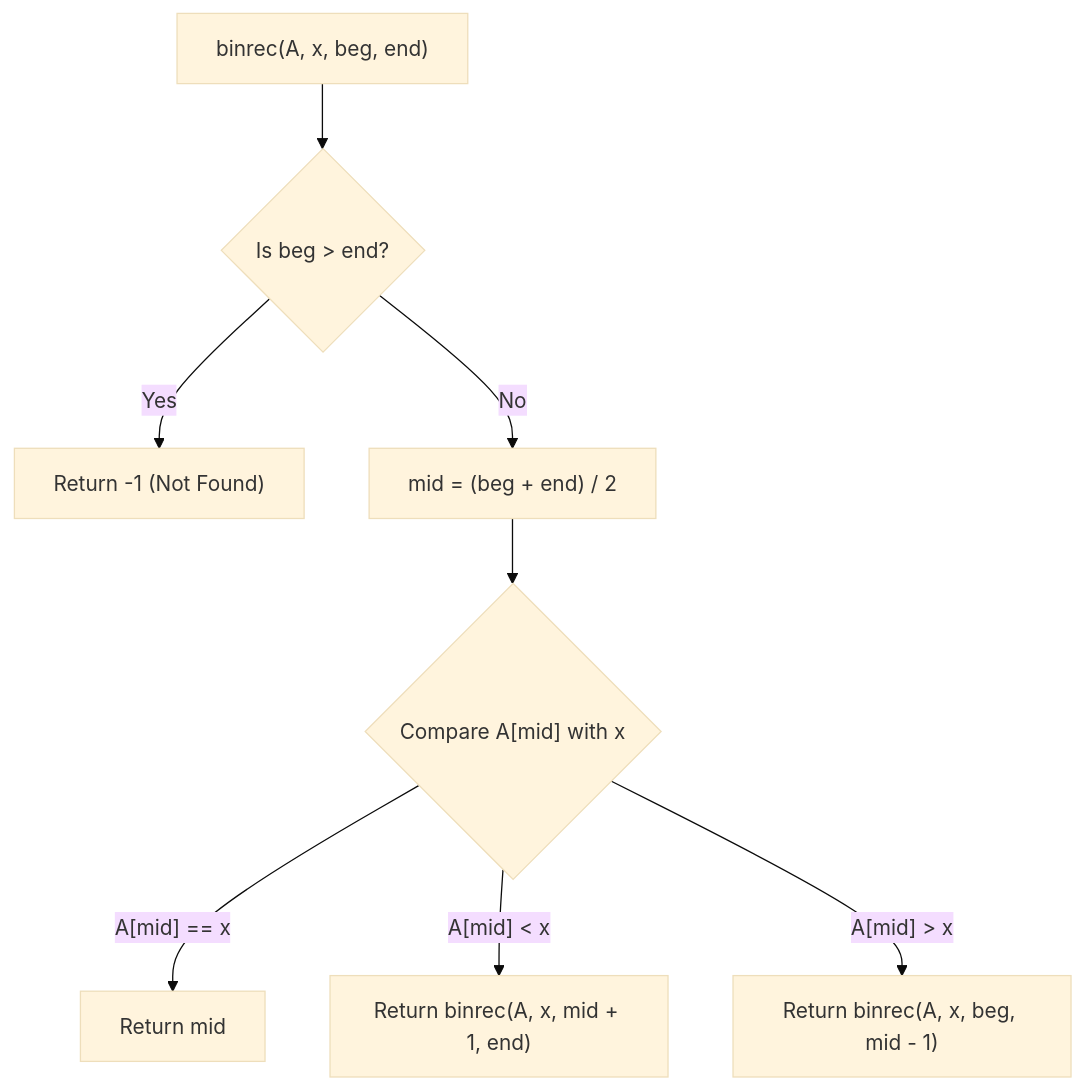
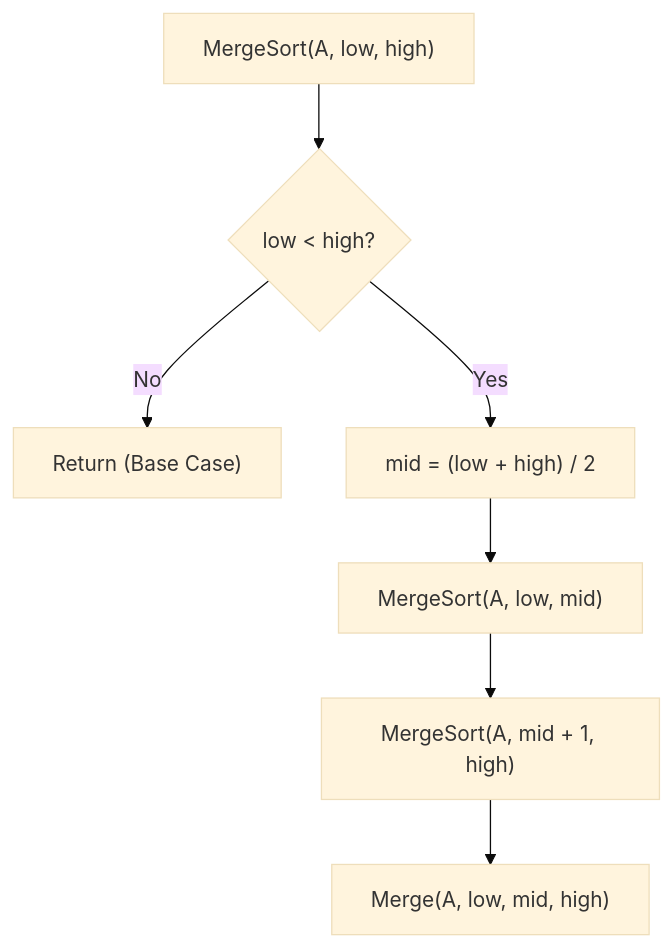
The second of 6 diagrams in notes/design_and_analysis_of_algorithms/Unit_03_Recurrence_and_Divide_Conquer.md (DeepLumiere/DeepSkills), drawn with Mermaid (base theme) before and after one commit. The commit also changed other lines of this file and 2 other files, not shown here.

Commit message:
docs: enhance DAA Unit-III and Unit-V notes with full coverage, diagrams and widgets

````diff
--- a/notes/design_and_analysis_of_algorithms/Unit_03_Recurrence_and_Divide_Conquer.md
+++ b/notes/design_and_analysis_of_algorithms/Unit_03_Recurrence_and_Divide_Conquer.md
@@ -428,10 +373,9 @@
 ```mermaid
 flowchart TD
-    Start["binrec(A, x, beg, end)"] --> Base{"Is beg > end?"}
-    Base -- Yes --> NotFound["Return -1 (Not Found)"]
-    Base -- No --> CalcMid["mid = (beg + end) / 2"]
-    CalcMid --> Compare{"Compare A[mid] with x"}
-    Compare -- "A[mid] == x" --> Found["Return mid"]
-    Compare -- "A[mid] < x" --> RecRight["Return binrec(A, x, mid + 1, end)"]
-    Compare -- "A[mid] > x" --> RecLeft["Return binrec(A, x, beg, mid - 1)"]
+    Start["MergeSort(A, low, high)"] --> Check{"low < high?"}
+    Check -- No --> Ret["Return (Base Case)"]
+    Check -- Yes --> Mid["mid = (low + high) / 2"]
+    Mid --> RecL["MergeSort(A, low, mid)"]
+    RecL --> RecR["MergeSort(A, mid + 1, high)"]
+    RecR --> Combine["Merge(A, low, mid, high)"]
 ```
````
